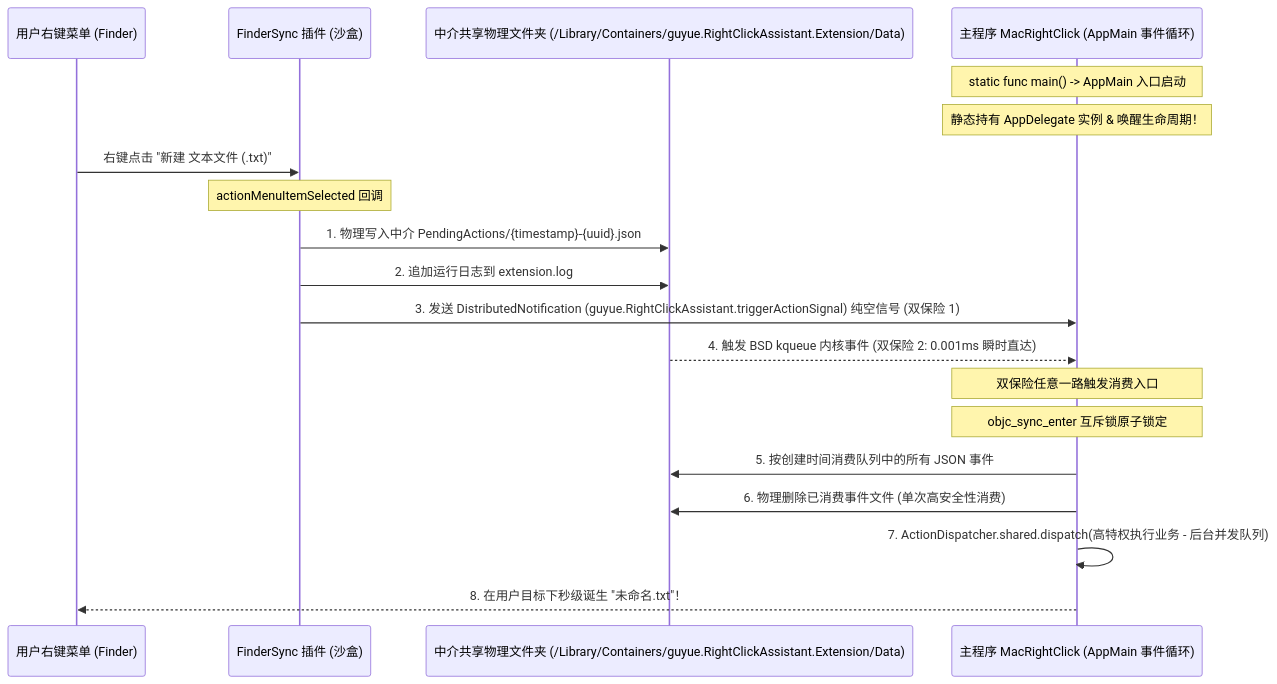
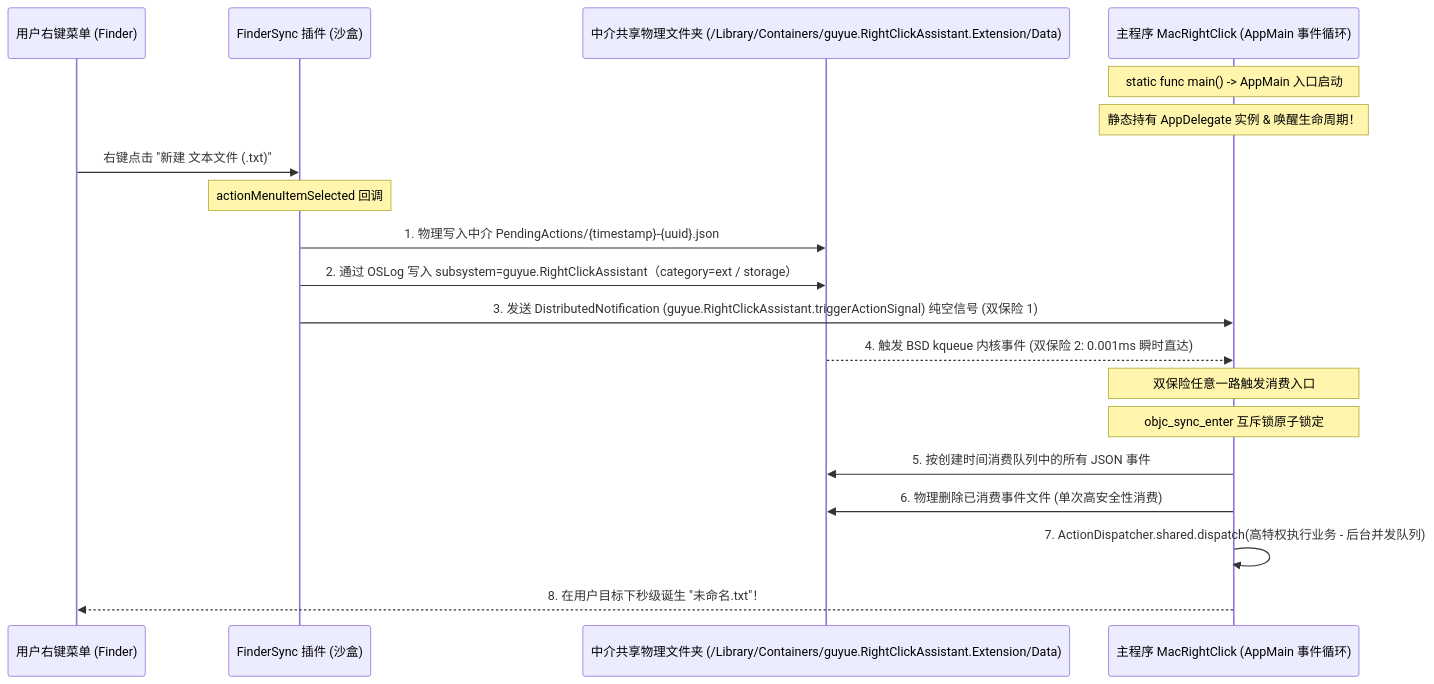
Before and after one commit to guyue55/MacRightClick: the diagram in README.md, drawn with Mermaid. The commit also changed other lines of this file and 5 other files, not shown here.

````diff
--- a/README.md
+++ b/README.md
@@ -48,26 +48,26 @@
 ```mermaid
 sequenceDiagram
     participant User as 用户右键菜单 (Finder)
     participant FS as FinderSync 插件 (沙盒)
     participant SC as 中介共享物理文件夹 (/Library/Containers/guyue.RightClickAssistant.Extension/Data)
     participant Host as 主程序 MacRightClick (AppMain 事件循环)
     
     Note over Host: static func main() -> AppMain 入口启动
     Note over Host: 静态持有 AppDelegate 实例 & 唤醒生命周期！
     
     User->>FS: 右键点击 "新建 文本文件 (.txt)"
     Note over FS: actionMenuItemSelected 回调
     FS->>SC: 1. 物理写入中介 PendingActions/{timestamp}-{uuid}.json
-    FS->>SC: 2. 追加运行日志到 extension.log
+    FS->>SC: 2. 通过 OSLog 写入 subsystem=guyue.RightClickAssistant（category=ext / storage）
     FS->>Host: 3. 发送 DistributedNotification (guyue.RightClickAssistant.triggerActionSignal) 纯空信号 (双保险 1)
     SC-->>Host: 4. 触发 BSD kqueue 内核事件 (双保险 2: 0.001ms 瞬时直达)
     
     Note over Host: 双保险任意一路触发消费入口
     Note over Host: objc_sync_enter 互斥锁原子锁定
     
     Host->>SC: 5. 按创建时间消费队列中的所有 JSON 事件
     Host->>SC: 6. 物理删除已消费事件文件 (单次高安全性消费)
     
     Host->>Host: 7. ActionDispatcher.shared.dispatch(高特权执行业务 - 后台并发队列)
     Host-->>User: 8. 在用户目标下秒级诞生 "未命名.txt"！
 ```
````
